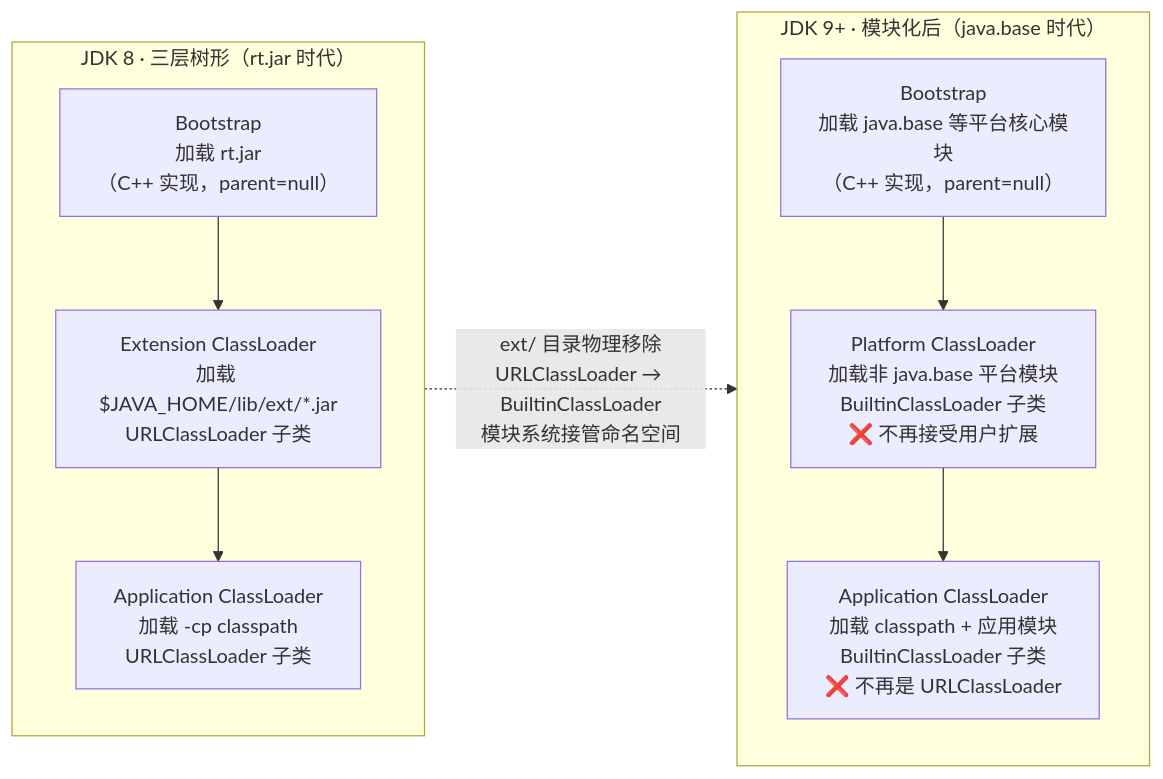
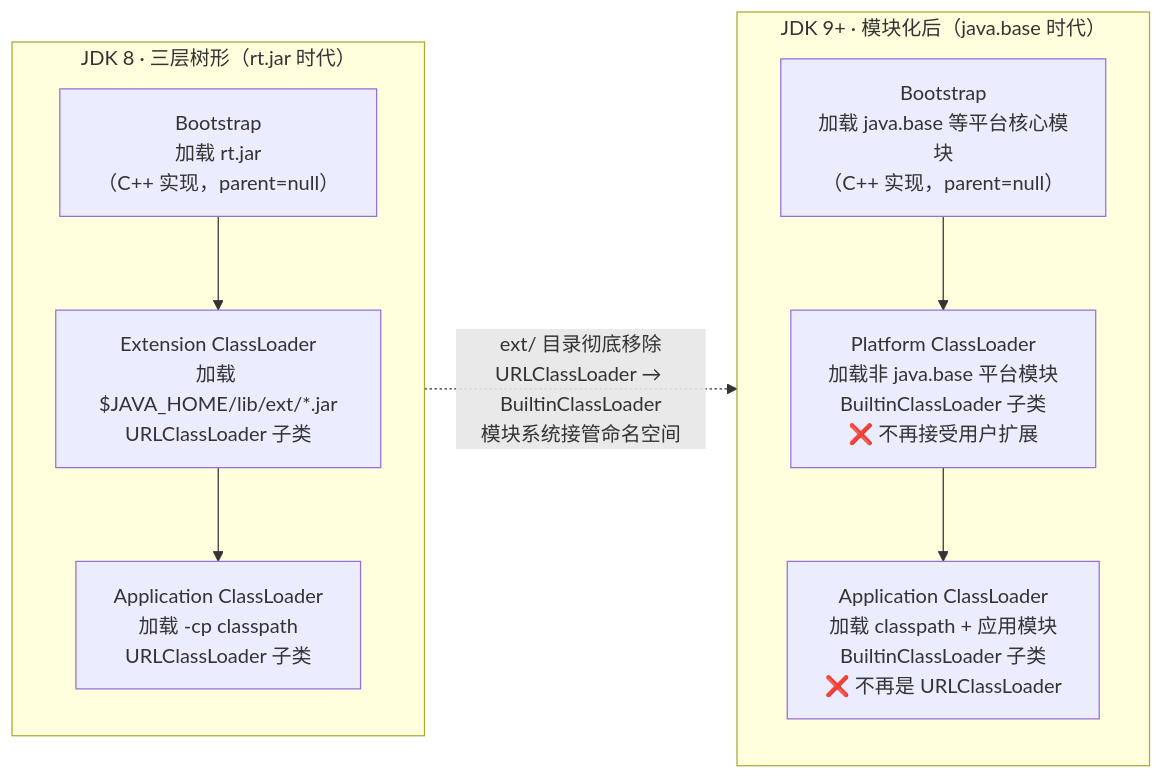
The second of 2 diagrams in docs/01-java-basic/15-类加载机制与双亲委派模型 —— 五阶段字节码触发时机、`ClassLoader + 全限定名` 二元组与 JDK 9 模块化重构.md (b1tzer/b1tzer.github.io), drawn with Mermaid before and after one commit. The commit also changed other lines of this file and 22 other files, not shown here.

````diff
--- a/docs/01-java-basic/15-类加载机制与双亲委派模型 —— 五阶段字节码触发时机、`ClassLoader + 全限定名` 二元组与 JDK 9 模块化重构.md
+++ b/docs/01-java-basic/15-类加载机制与双亲委派模型 —— 五阶段字节码触发时机、`ClassLoader + 全限定名` 二元组与 JDK 9 模块化重构.md
@@ -402,18 +402,18 @@
 ```mermaid
 flowchart LR
     subgraph JDK8["JDK 8 · 三层树形（rt.jar 时代）"]
         B8["Bootstrap<br/>加载 rt.jar<br/>（C++ 实现，parent=null）"]
         E8["Extension ClassLoader<br/>加载 $JAVA_HOME/lib/ext/*.jar<br/>URLClassLoader 子类"]
         A8["Application ClassLoader<br/>加载 -cp classpath<br/>URLClassLoader 子类"]
         B8 --> E8 --> A8
     end
 
     subgraph JDK9["JDK 9+ · 模块化后（java.base 时代）"]
         B9["Bootstrap<br/>加载 java.base 等平台核心模块<br/>（C++ 实现，parent=null）"]
         P9["Platform ClassLoader<br/>加载非 java.base 平台模块<br/>BuiltinClassLoader 子类<br/>❌ 不再接受用户扩展"]
         A9["Application ClassLoader<br/>加载 classpath + 应用模块<br/>BuiltinClassLoader 子类<br/>❌ 不再是 URLClassLoader"]
         B9 --> P9 --> A9
     end
 
-    JDK8 -.->|"ext/ 目录物理移除<br/>URLClassLoader → BuiltinClassLoader<br/>模块系统接管命名空间"| JDK9
+    JDK8 -.->|"ext/ 目录彻底移除<br/>URLClassLoader → BuiltinClassLoader<br/>模块系统接管命名空间"| JDK9
 ```
````
